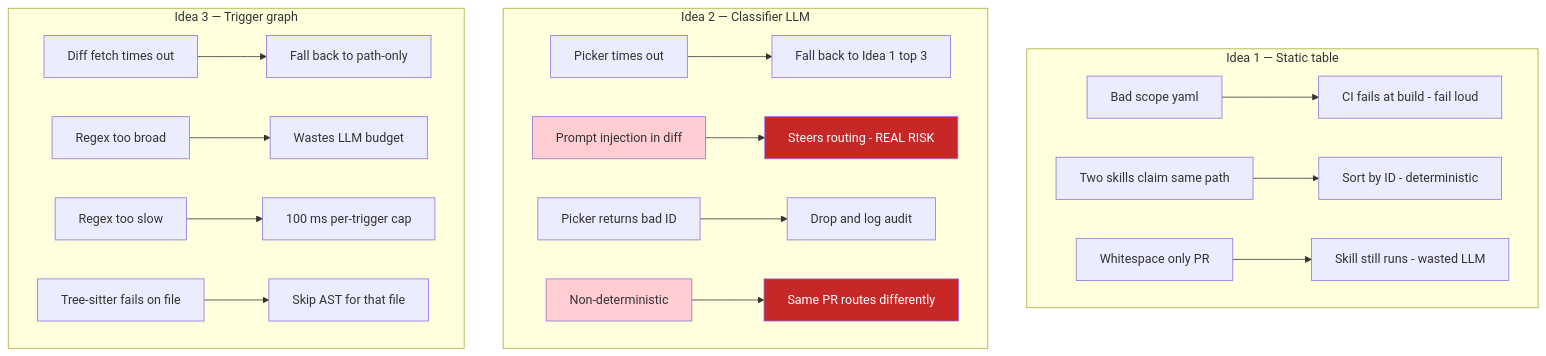
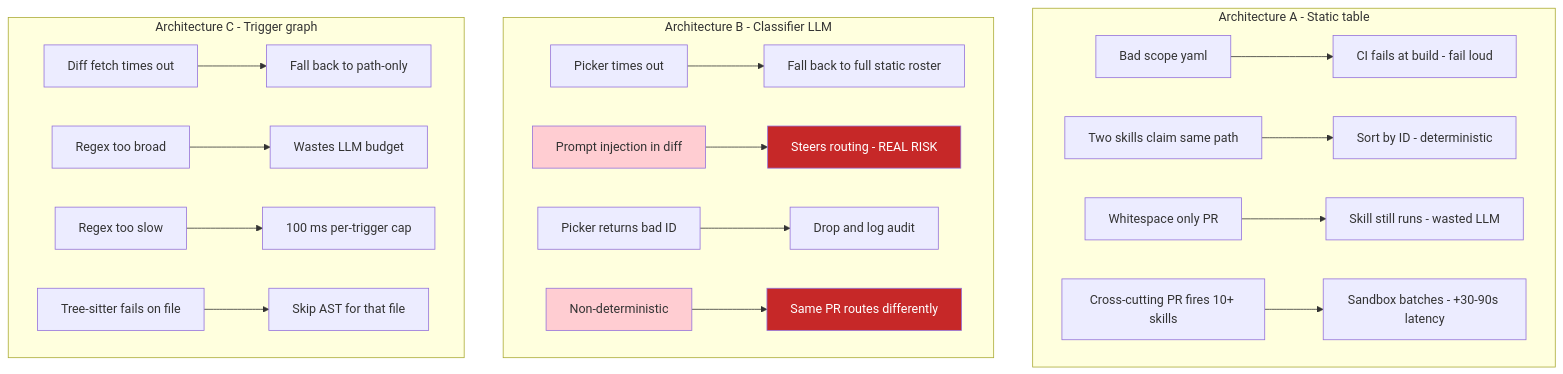
The diagram in 05-failures.mmd (spruhakar5/cerberus-routing-diagrams), drawn with Mermaid before and after one commit. The commit also changed 7 other files, not shown here.

First line of the commit message:
Remove roster cap from architecture diagrams

```diff
--- a/05-failures.mmd
+++ b/05-failures.mmd
@@ -1,22 +1,23 @@
 flowchart TB
-    subgraph Idea1["Idea 1 — Static table"]
+    subgraph Idea1["Architecture A - Static table"]
       F1[Bad scope yaml] --> R1[CI fails at build - fail loud]
       F2[Two skills claim same path] --> R2[Sort by ID - deterministic]
       F3[Whitespace only PR] --> R3[Skill still runs - wasted LLM]
+      F3b[Cross-cutting PR fires 10+ skills] --> R3b[Sandbox batches - +30-90s latency]
     end
-    subgraph Idea2["Idea 2 — Classifier LLM"]
-      F4[Picker times out] --> R4[Fall back to Idea 1 top 3]
+    subgraph Idea2["Architecture B - Classifier LLM"]
+      F4[Picker times out] --> R4[Fall back to full static roster]
       F5[Prompt injection in diff] --> R5[Steers routing - REAL RISK]
       F6[Picker returns bad ID] --> R6[Drop and log audit]
       F7[Non-deterministic] --> R7[Same PR routes differently]
     end
-    subgraph Idea3["Idea 3 — Trigger graph"]
+    subgraph Idea3["Architecture C - Trigger graph"]
       F8[Diff fetch times out] --> R8[Fall back to path-only]
       F9[Regex too broad] --> R9[Wastes LLM budget]
       F10[Regex too slow] --> R10[100 ms per-trigger cap]
       F11[Tree-sitter fails on file] --> R11[Skip AST for that file]
     end
     style F5 fill:#ffcdd2
     style R5 fill:#c62828,color:#fff
     style F7 fill:#ffcdd2
     style R7 fill:#c62828,color:#fff
```
